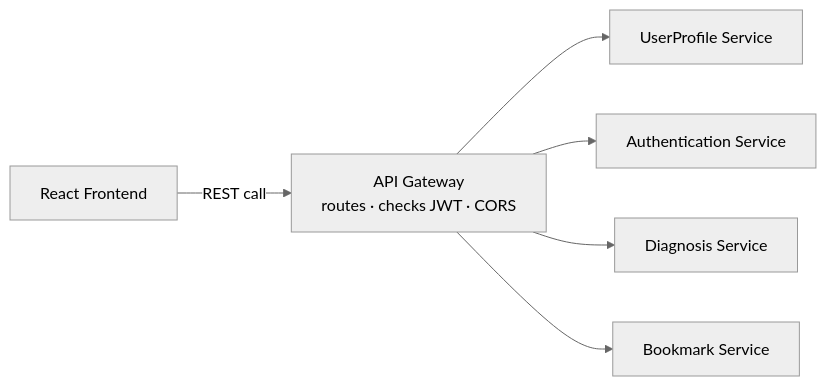
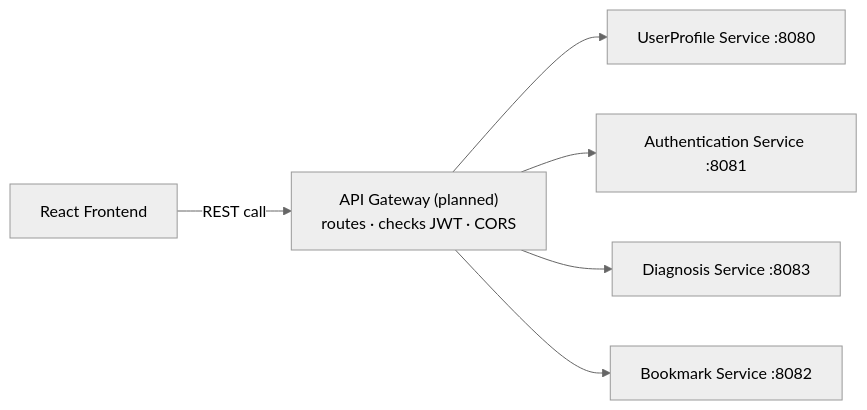
Before and after one commit to mathaisjustin/cardiac-diagonistics: the first of 4 diagrams in docs/ARCHITECTURE.md, drawn with Mermaid (neutral theme). The commit also changed other lines of this file and 29 other files, not shown here.

````diff
--- a/docs/ARCHITECTURE.md
+++ b/docs/ARCHITECTURE.md
@@ -12,15 +16,15 @@
 ```mermaid
 flowchart LR
     Client["React Frontend"]
-    Gateway["API Gateway<br/>routes · checks JWT · CORS"]
-    UserProfile["UserProfile Service"]
-    Auth["Authentication Service"]
-    Diagnosis["Diagnosis Service"]
-    Bookmark["Bookmark Service"]
+    Gateway["API Gateway (planned)<br/>routes · checks JWT · CORS"]
+    UserProfile["UserProfile Service :8080"]
+    Auth["Authentication Service :8081"]
+    Diagnosis["Diagnosis Service :8083"]
+    Bookmark["Bookmark Service :8082"]
 
     Client -- "REST call" --> Gateway
     Gateway --> UserProfile
     Gateway --> Auth
     Gateway --> Diagnosis
     Gateway --> Bookmark
 ```
````
